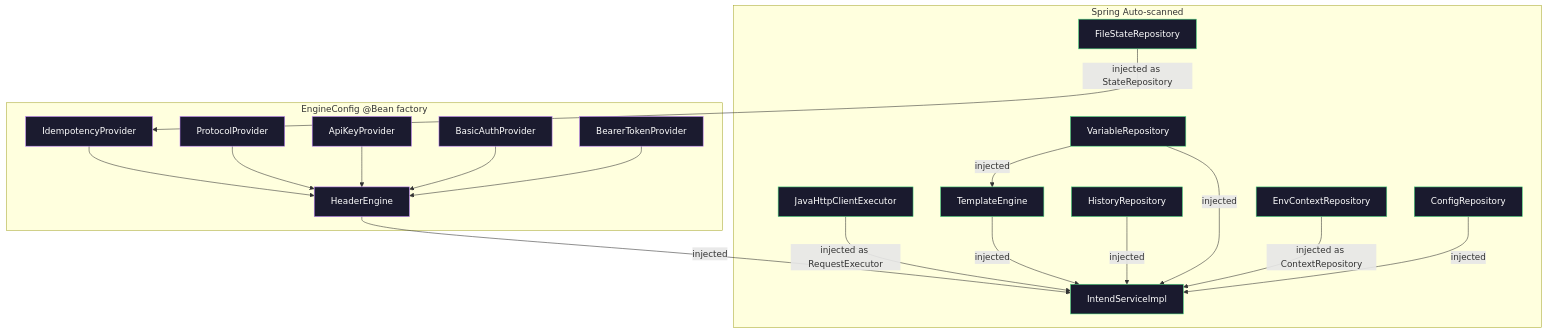
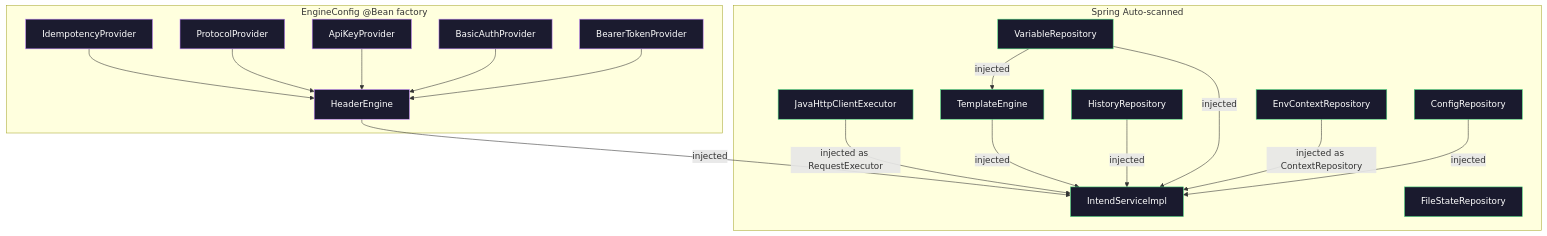
Before and after one commit to Pskuntal1248/http-client-INTEND: the sixth of 6 diagrams in docs/LLD.md, drawn with Mermaid. The commit also changed other lines of this file and 4 other files, not shown here.

````diff
--- a/docs/LLD.md
+++ b/docs/LLD.md
@@ -1076,44 +1003,43 @@
 ```mermaid
 flowchart TB
     subgraph SPRING["Spring Auto-scanned"]
         ISI["IntendServiceImpl"]
         JHC["JavaHttpClientExecutor"]
         TE["TemplateEngine"]
         HR["HistoryRepository"]
         CR["ConfigRepository"]
         VR["VariableRepository"]
         ECR["EnvContextRepository"]
         FSR["FileStateRepository"]
     end
 
     subgraph MANUAL["EngineConfig @Bean factory"]
         HE["HeaderEngine"]
         PP["ProtocolProvider"]
         AK["ApiKeyProvider"]
         BA["BasicAuthProvider"]
         BT["BearerTokenProvider"]
         IP["IdempotencyProvider"]
     end
 
-    FSR -->|"injected as StateRepository"| IP
     IP --> HE
     PP --> HE
     AK --> HE
     BA --> HE
     BT --> HE
 
     HE -->|"injected"| ISI
     JHC -->|"injected as RequestExecutor"| ISI
     TE -->|"injected"| ISI
     HR -->|"injected"| ISI
     VR -->|"injected"| ISI
     ECR -->|"injected as ContextRepository"| ISI
     CR -->|"injected"| ISI
     VR -->|"injected"| TE
 
     classDef springStyle fill:#1a1a2e,stroke:#4ADE80,color:#ffffff
     classDef manualStyle fill:#1b1b2f,stroke:#C084FC,color:#ffffff
 
     class ISI,JHC,TE,HR,CR,VR,ECR,FSR springStyle
     class HE,PP,AK,BA,BT,IP manualStyle
 ```
````
